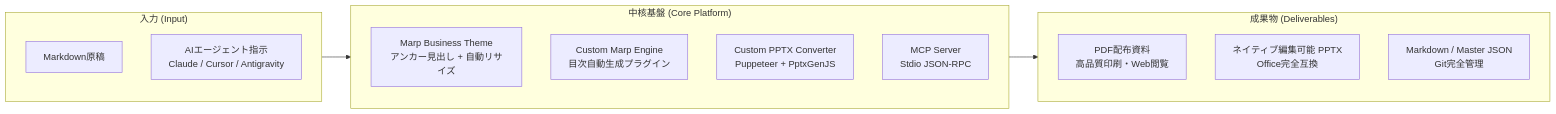
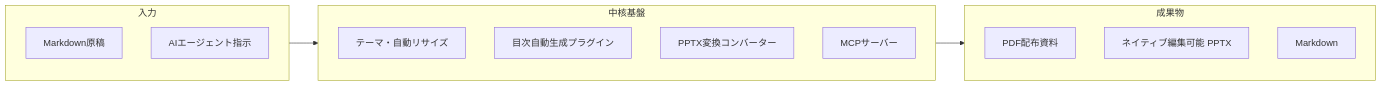
The diagram in docs/00_project_charter/01_project_charter.md (N-Y-Public/marp-slide-mcp), drawn with Mermaid before and after one commit. The commit also changed other lines of this file and 89 other files, not shown here.

````diff
--- a/docs/00_project_charter/01_project_charter.md
+++ b/docs/00_project_charter/01_project_charter.md
@@ -44,23 +52,23 @@
 ```mermaid
 flowchart LR
-    subgraph Input ["入力 (Input)"]
-        A1[Markdown原稿]
-        A2[AIエージェント指示<br>Claude / Cursor / Antigravity]
+    subgraph Input ["入力"]
+        A1["Markdown原稿"]
+        A2["AIエージェント指示"]
     end
 
-    subgraph Core ["中核基盤 (Core Platform)"]
-        B1[Marp Business Theme<br>アンカー見出し + 自動リサイズ]
-        B2[Custom Marp Engine<br>目次自動生成プラグイン]
-        B3[Custom PPTX Converter<br>Puppeteer + PptxGenJS]
-        B4[MCP Server<br>Stdio JSON-RPC]
+    subgraph Core ["中核基盤"]
+        B1["テーマ・自動リサイズ"]
+        B2["目次自動生成プラグイン"]
+        B3["PPTX変換コンバーター"]
+        B4["MCPサーバー"]
     end
 
-    subgraph Output ["成果物 (Deliverables)"]
-        C1[PDF配布資料<br>高品質印刷・Web閲覧]
-        C2[ネイティブ編集可能 PPTX<br>Office完全互換]
-        C3[Markdown / Master JSON<br>Git完全管理]
+    subgraph Output ["成果物"]
+        C1["PDF配布資料"]
+        C2["ネイティブ編集可能 PPTX"]
+        C3["Markdown"]
     end
 
     Input --> Core
     Core --> Output
 ```
````
